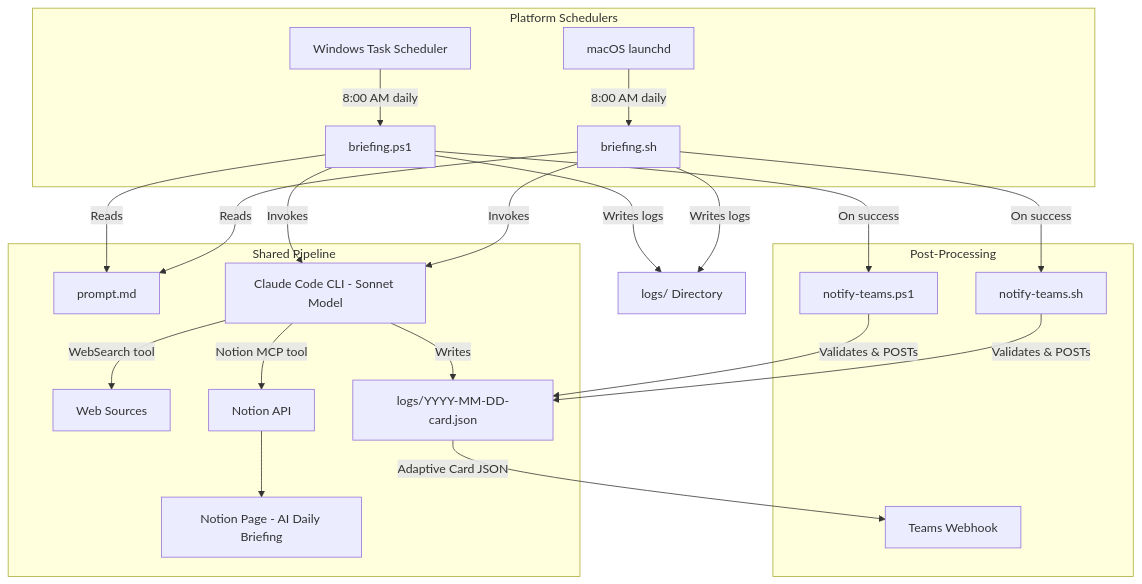
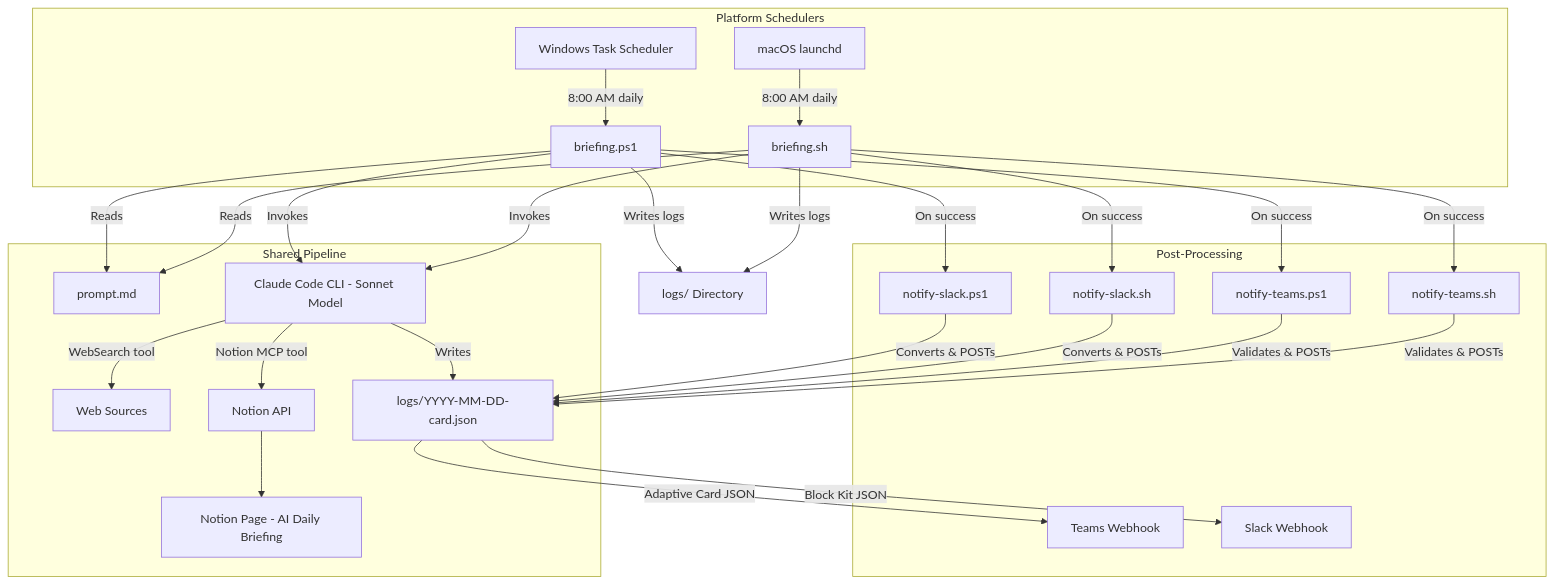
One commit to hoangsonww/ai-news-briefing changed the first of 14 diagrams in ARCHITECTURE.md. Above: the diagram before and after it, drawn with Mermaid. The commit also changed other lines of this file and 10 other files, not shown here.

````diff
--- a/ARCHITECTURE.md
+++ b/ARCHITECTURE.md
@@ -49,29 +49,34 @@
 ```mermaid
 graph TD
     subgraph "Platform Schedulers"
         A1[macOS launchd] -->|8:00 AM daily| B1[briefing.sh]
         A2[Windows Task Scheduler] -->|8:00 AM daily| B2[briefing.ps1]
     end
 
     subgraph "Shared Pipeline"
         B1 -->|Reads| P[prompt.md]
         B2 -->|Reads| P
         B1 -->|Invokes| D[Claude Code CLI - Sonnet Model]
         B2 -->|Invokes| D
         D -->|WebSearch tool| E[Web Sources]
         D -->|Notion MCP tool| F[Notion API]
         F --> G[Notion Page - AI Daily Briefing]
         D -->|Writes| CJ["logs/YYYY-MM-DD-card.json"]
     end
 
     subgraph "Post-Processing"
         B1 -->|On success| T1[notify-teams.sh]
         B2 -->|On success| T2[notify-teams.ps1]
         T1 -->|Validates & POSTs| CJ
         T2 -->|Validates & POSTs| CJ
         CJ -->|Adaptive Card JSON| TW[Teams Webhook]
+        B1 -->|On success| S1[notify-slack.sh]
+        B2 -->|On success| S2[notify-slack.ps1]
+        S1 -->|Converts & POSTs| CJ
+        S2 -->|Converts & POSTs| CJ
+        CJ -->|Block Kit JSON| SW[Slack Webhook]
     end
 
     B1 -->|Writes logs| H[logs/ Directory]
     B2 -->|Writes logs| H
 ```
````
